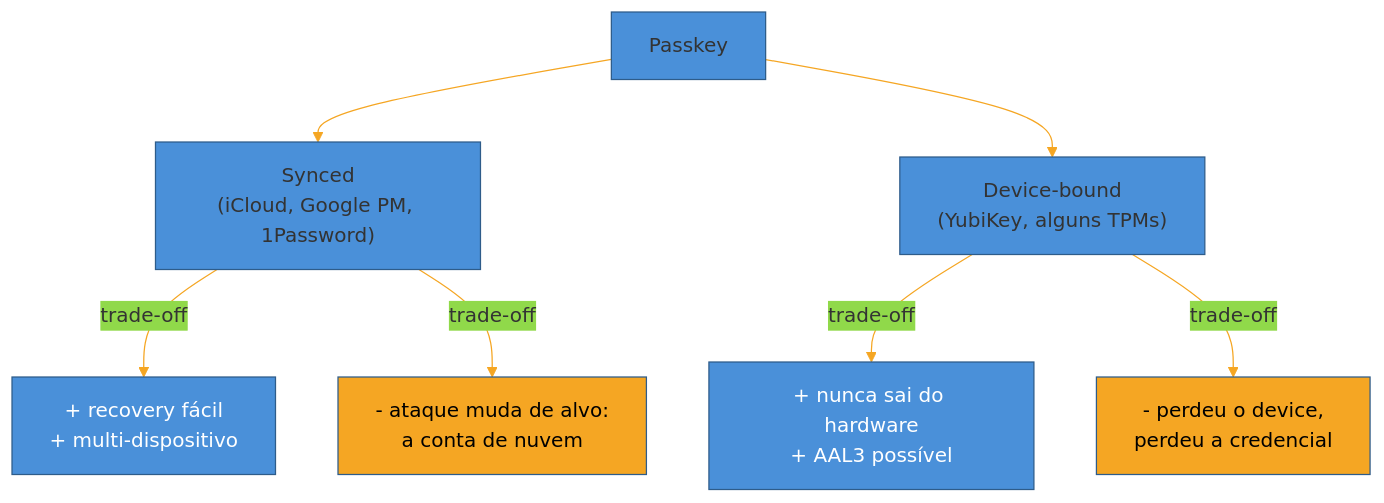
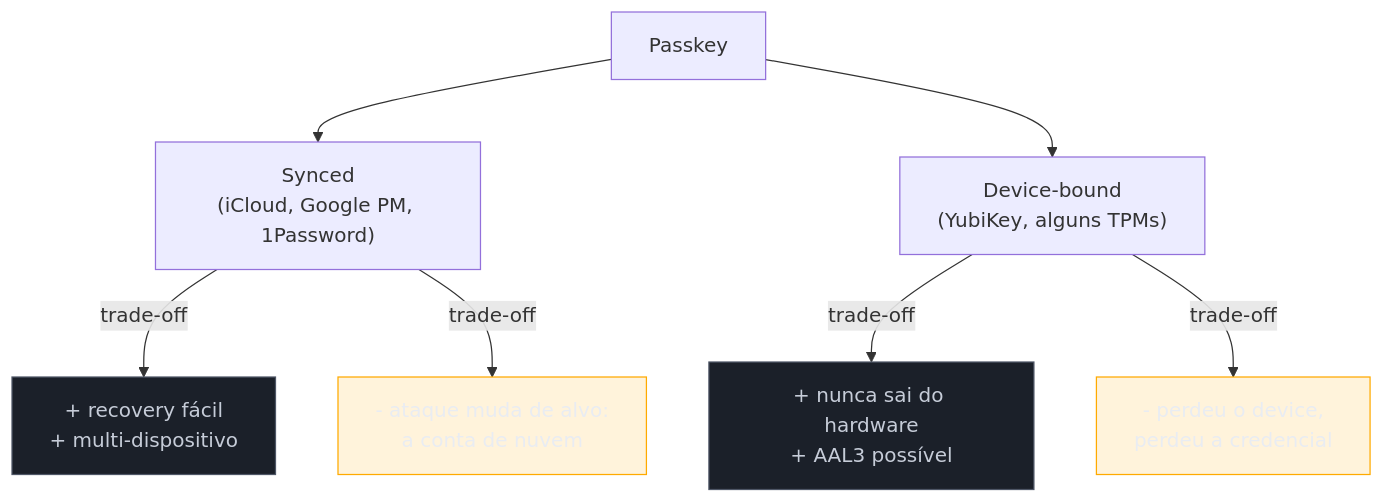
Before and after one commit to josenaldo/codex-technomanticus: the fifth of 6 diagrams in 03-Dominios/Engenharia/Auth e Identidade/1 - Fundamentos de identidade/05 - Passkeys e WebAuthn — o presente sem senha.md, drawn with Mermaid. The commit also changed other lines of this file and 1181 other files, not shown here.

First line of the commit message:
fix(diagramas): paleta do sistema no lugar de cor cravada no markdown

````diff
--- a/03-Dominios/Engenharia/Auth e Identidade/1 - Fundamentos de identidade/05 - Passkeys e WebAuthn — o presente sem senha.md
+++ b/03-Dominios/Engenharia/Auth e Identidade/1 - Fundamentos de identidade/05 - Passkeys e WebAuthn — o presente sem senha.md
@@ -194,17 +193,18 @@
 ```mermaid
-%%{init: {"theme": "base", "themeVariables": {"primaryColor": "#4A90D9", "primaryBorderColor": "#2E5C8A", "lineColor": "#F5A623"}}}%%
 graph TD
+    classDef neutro fill:#1B2029,stroke:#4E5666,color:#C6CCD8
+    classDef destaque fill:#FFAA0024,stroke:#FFAA00,color:#E9ECF2
     PK["Passkey"] --> Sy["Synced<br/>(iCloud, Google PM, 1Password)"]
     PK --> DB["Device-bound<br/>(YubiKey, alguns TPMs)"]
 
     Sy -->|"trade-off"| SyPro["+ recovery fácil<br/>+ multi-dispositivo"]
     Sy -->|"trade-off"| SyCon["- ataque muda de alvo:<br/>a conta de nuvem"]
 
     DB -->|"trade-off"| DBPro["+ nunca sai do hardware<br/>+ AAL3 possível"]
     DB -->|"trade-off"| DBCon["- perdeu o device,<br/>perdeu a credencial"]
 
-    style SyPro fill:#4A90D9,color:#fff
-    style DBPro fill:#4A90D9,color:#fff
-    style SyCon fill:#F5A623,color:#000
-    style DBCon fill:#F5A623,color:#000
+    class SyPro neutro
+    class DBPro neutro
+    class SyCon destaque
+    class DBCon destaque
 ```
````
